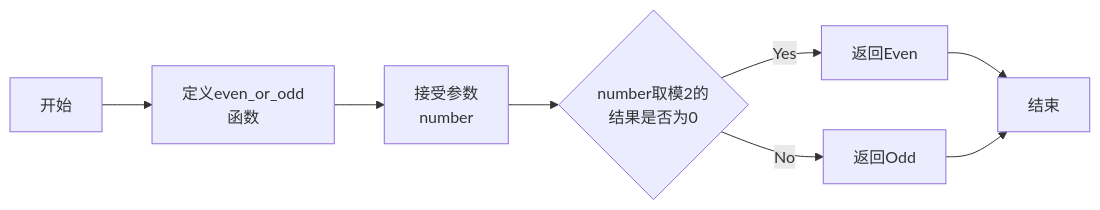
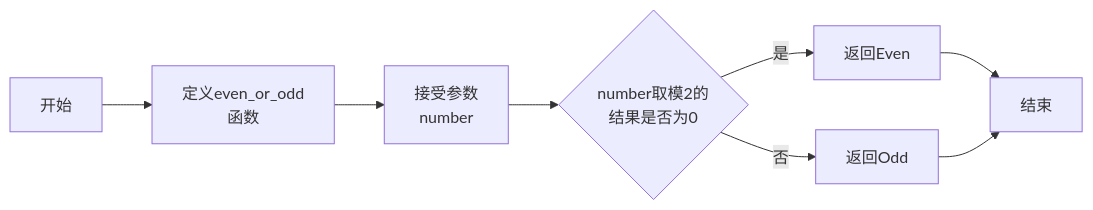
One commit to RonaWhite/python changed the third of 3 diagrams in experiment2.md. Above: the diagram before and after it, drawn with Mermaid.

````diff
--- a/experiment2.md
+++ b/experiment2.md
@@ -519,13 +519,13 @@
 ```mermaid
 flowchart LR;
     A[开始] --> B[定义even_or_odd
     函数]
     B --> C[接受参数
     number]
     C --> D{number取模2的
     结果是否为0}
-    D --> |Yes| E[返回Even]
-    D --> |No| F[返回Odd]
+    D --> |是| E[返回Even]
+    D --> |否| F[返回Odd]
     E --> G[结束]
     F --> G
 ```
````
